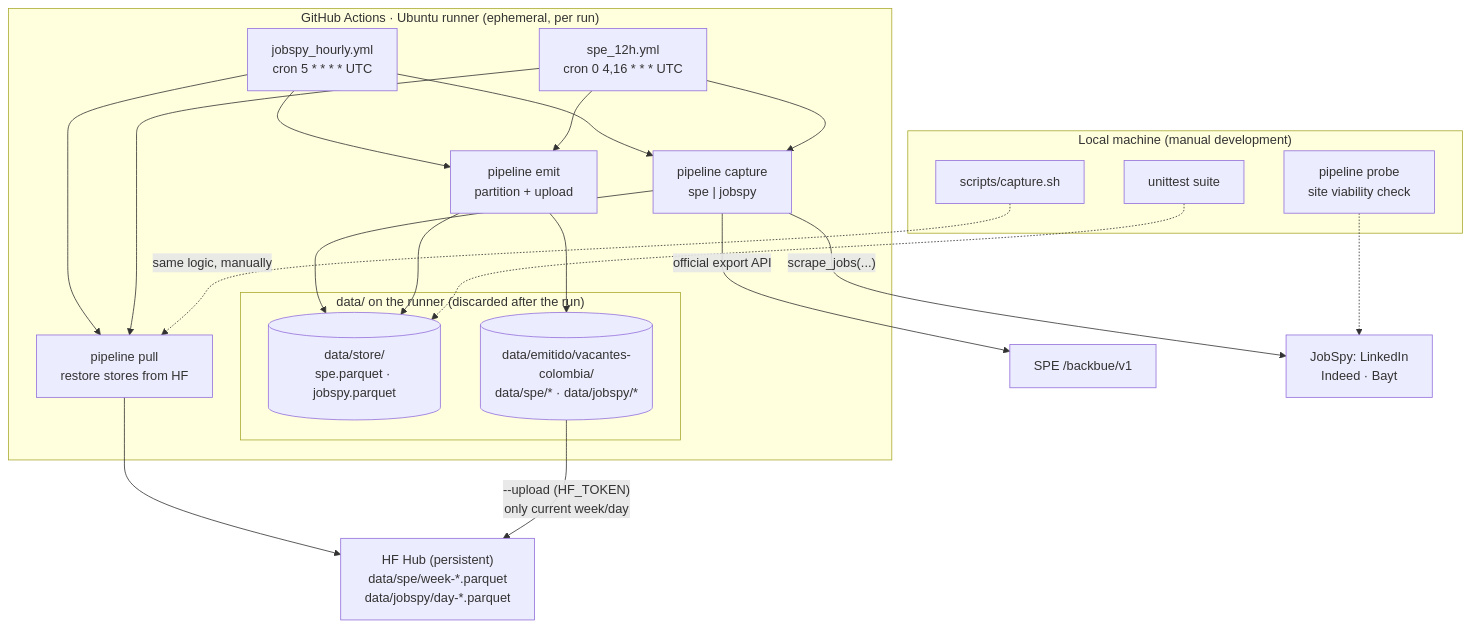
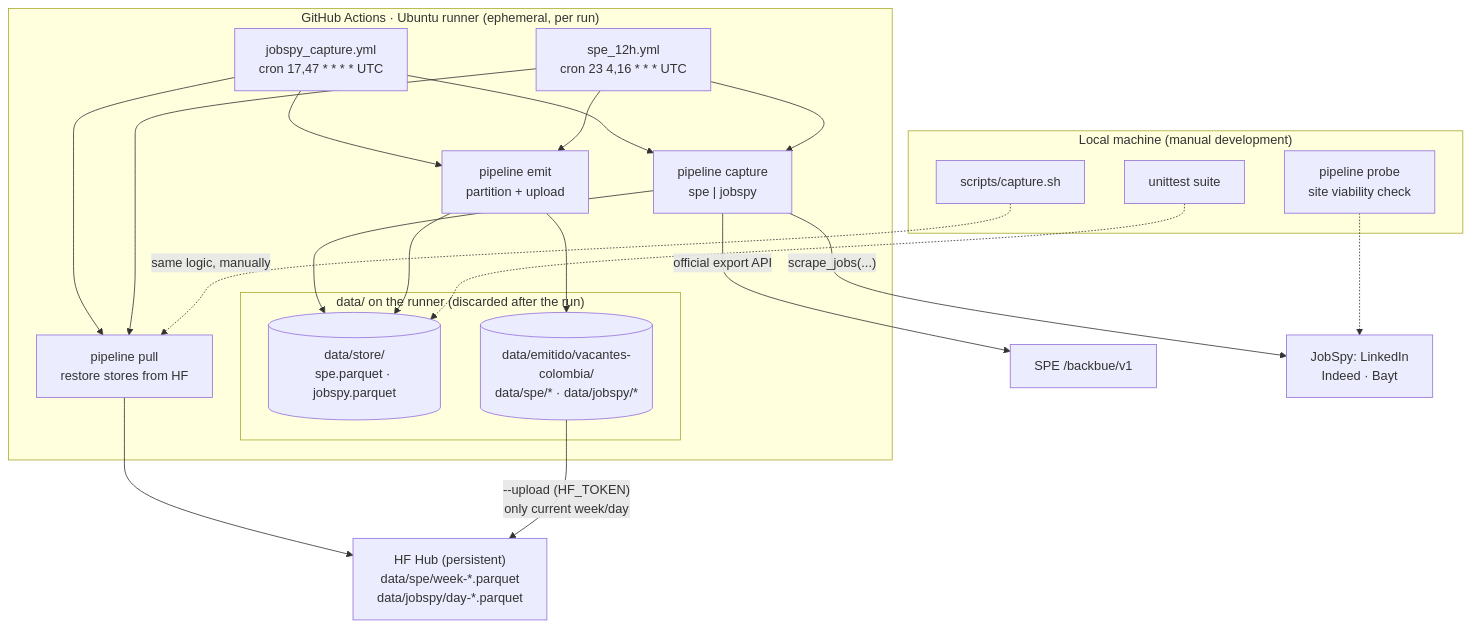
Before and after one commit to shalom-A26/SEXTANTE: the second of 7 diagrams in docs/architecture.md, drawn with Mermaid. The commit also changed other lines of this file and 8 other files, not shown here.

````diff
--- a/docs/architecture.md
+++ b/docs/architecture.md
@@ -101,42 +104,42 @@
 ```mermaid
 flowchart TB
     subgraph RUNNER["GitHub Actions · Ubuntu runner (ephemeral, per run)"]
-        wf_h["jobspy_hourly.yml<br/>cron 5 * * * * UTC"]
-        wf_s["spe_12h.yml<br/>cron 0 4,16 * * * UTC"]
+        wf_h["jobspy_capture.yml<br/>cron 17,47 * * * * UTC"]
+        wf_s["spe_12h.yml<br/>cron 23 4,16 * * * UTC"]
         pull["pipeline pull<br/>restore stores from HF"]
         cap["pipeline capture<br/>spe | jobspy"]
         emit["pipeline emit<br/>partition + upload"]
 
         subgraph EPHEMERAL["data/ on the runner (discarded after the run)"]
             store_local[("data/store/<br/>spe.parquet · jobspy.parquet")]
             emit_local[("data/emitido/vacantes-colombia/<br/>data/spe/* · data/jobspy/*")]
         end
     end
 
     subgraph LOCAL["Local machine (manual development)"]
         sh["scripts/capture.sh"]
         probe["pipeline probe<br/>site viability check"]
         tests["unittest suite"]
     end
 
     spe_api["SPE /backbue/v1"]
     boards["JobSpy: LinkedIn<br/>Indeed · Bayt"]
     hub["HF Hub (persistent)<br/>data/spe/week-*.parquet<br/>data/jobspy/day-*.parquet"]
 
     wf_h --> pull
     wf_s --> pull
     pull --> hub
     wf_h --> cap
     wf_s --> cap
     cap -->|"official export API"| spe_api
     cap -->|"scrape_jobs(...)"| boards
     cap --> store_local
     wf_h --> emit
     wf_s --> emit
     emit --> store_local
     emit --> emit_local
     emit_local -->|"--upload (HF_TOKEN)<br/>only current week/day"| hub
     sh -.->|same logic, manually| pull
     probe -.-> boards
     tests -.-> store_local
 ```
````
